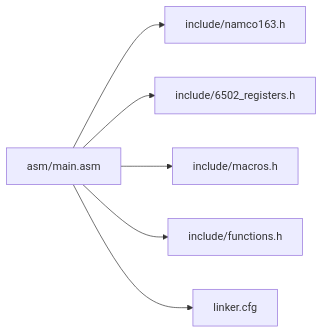
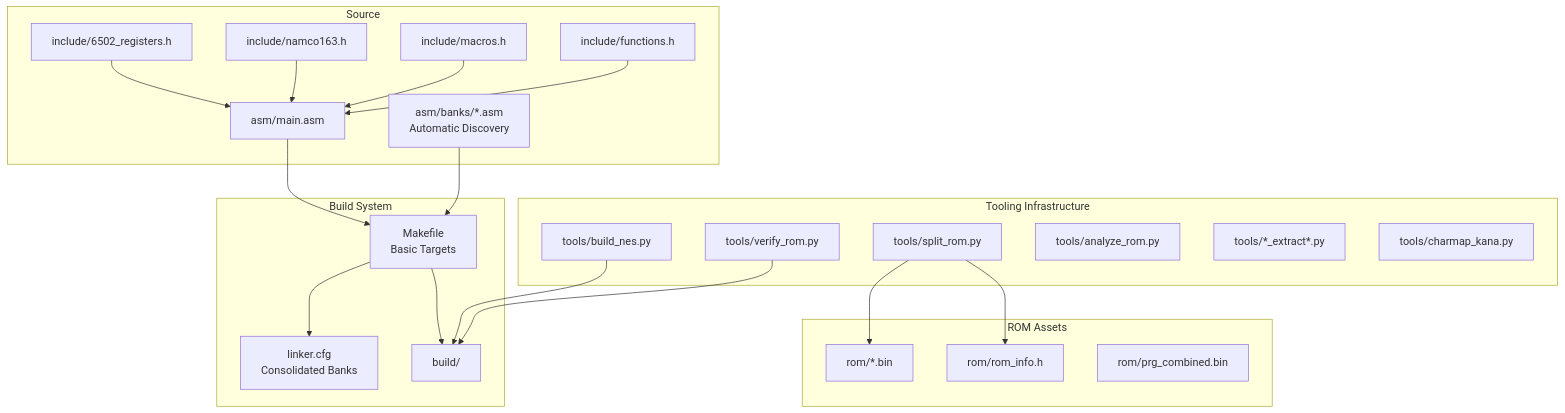
The first of 4 diagrams in .qoder/repowiki/en/content/Build System and Tools/Build System and Tools.md (rabbyzero/sango2dasm), drawn with Mermaid before and after one commit. The commit also changed other lines of this file and 7 other files, not shown here.

````diff
--- a/.qoder/repowiki/en/content/Build System and Tools/Build System and Tools.md
+++ b/.qoder/repowiki/en/content/Build System and Tools/Build System and Tools.md
@@ -1270,8 +167,41 @@
 ```mermaid
-graph LR
-M["asm/main.asm"] --> N["include/namco163.h"]
-M --> H["include/6502_registers.h"]
-M --> G["include/macros.h"]
-M --> F["include/functions.h"]
-M --> L["linker.cfg"]
+graph TB
+subgraph "Source"
+A_main["asm/main.asm"]
+A_banks["asm/banks/*.asm<br/>Automatic Discovery"]
+H_regs["include/6502_registers.h"]
+H_namco["include/namco163.h"]
+H_macros["include/macros.h"]
+H_functions["include/functions.h"]
+end
+subgraph "Build System"
+MK["Makefile<br/>Basic Targets"]
+CFG["linker.cfg<br/>Consolidated Banks"]
+OUT["build/"]
+end
+subgraph "Tooling Infrastructure"
+T_split["tools/split_rom.py"]
+T_build["tools/build_nes.py"]
+T_verify["tools/verify_rom.py"]
+T_analyze["tools/analyze_rom.py"]
+T_extract["tools/*_extract*.py"]
+T_charmap["tools/charmap_kana.py"]
+end
+subgraph "ROM Assets"
+R_rom["rom/*.bin"]
+R_info["rom/rom_info.h"]
+R_combined["rom/prg_combined.bin"]
+end
+A_main --> MK
+A_banks --> MK
+H_regs --> A_main
+H_namco --> A_main
+H_macros --> A_main
+H_functions --> A_main
+MK --> CFG
+MK --> OUT
+T_split --> R_rom
+T_split --> R_info
+T_build --> OUT
+T_verify --> OUT
 ```
````
